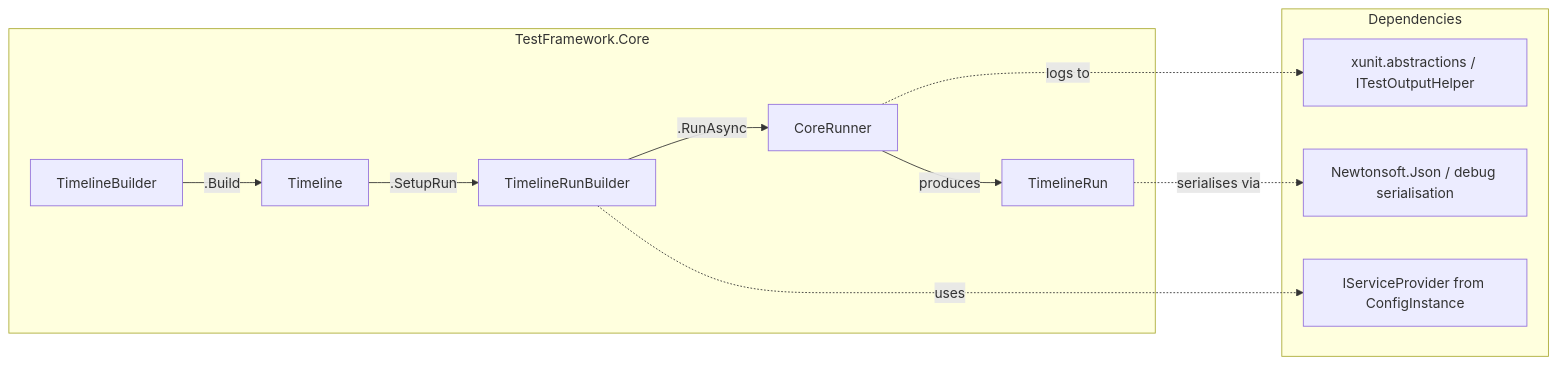
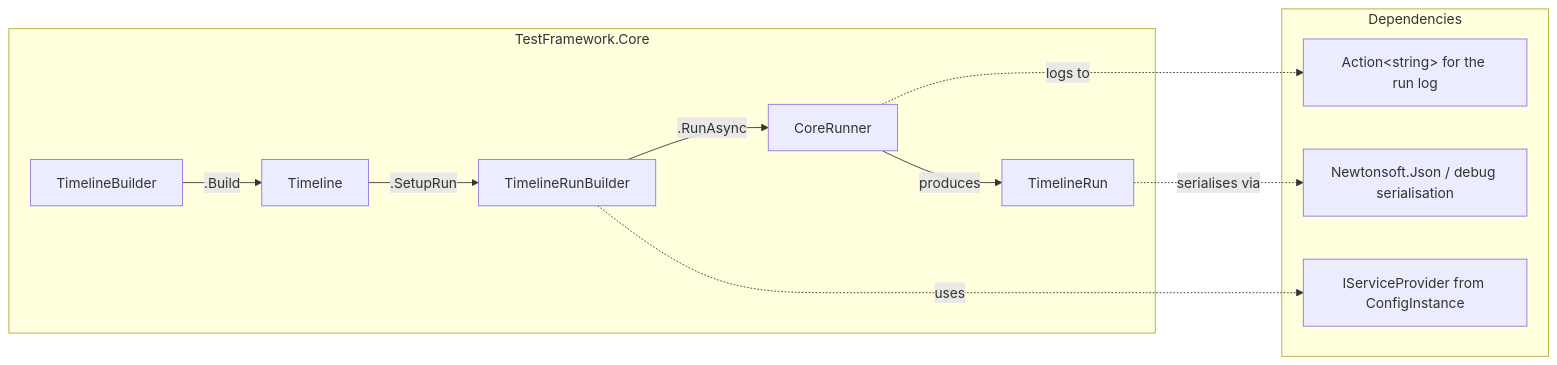
The second of 16 diagrams in Documentation/Arc42.md (DeadMoon0/TestFramework-Core), drawn with Mermaid before and after one commit. The commit also changed other lines of this file and 11 other files, not shown here.

````diff
--- a/Documentation/Arc42.md
+++ b/Documentation/Arc42.md
@@ -105,22 +102,22 @@
 ```mermaid
 graph LR
     subgraph TestFramework.Core
         TB[TimelineBuilder]
         TL[Timeline]
         TRB[TimelineRunBuilder]
         CR[CoreRunner]
         TR[TimelineRun]
     end
     subgraph Dependencies
-        XU[xunit.abstractions / ITestOutputHelper]
+        XU["Action&lt;string&gt; for the run log"]
         NJ[Newtonsoft.Json / debug serialisation]
         DI[IServiceProvider from ConfigInstance]
     end
     TB -->|.Build| TL
     TL -->|.SetupRun| TRB
     TRB -->|.RunAsync| CR
     CR -->|produces| TR
     CR -.->|logs to| XU
     TR -.->|serialises via| NJ
     TRB -.->|uses| DI
 ```
````
